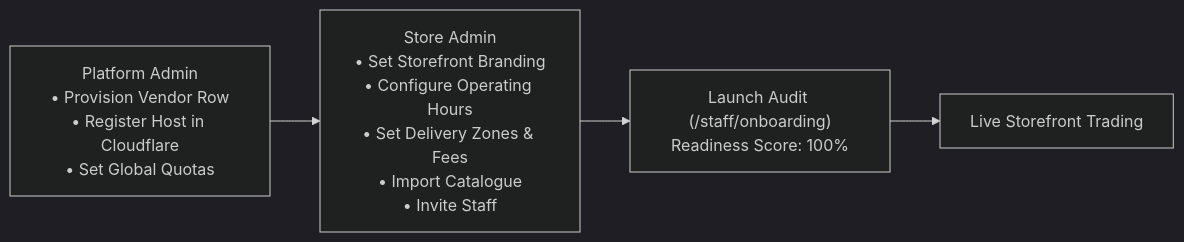
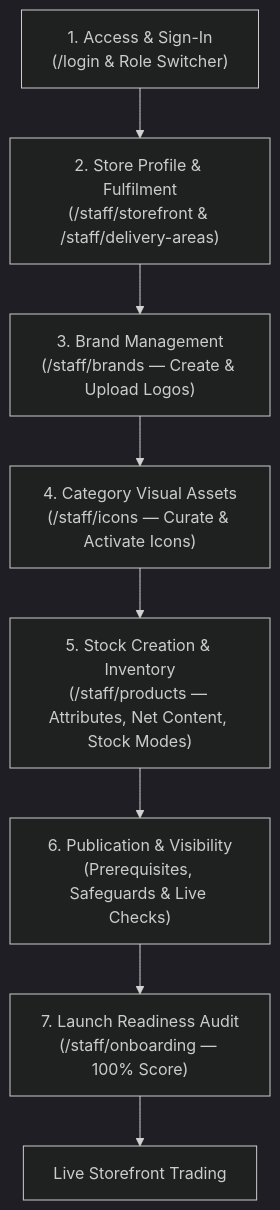
The diagram in docs/client-help-centre/getting-started-onboarding.md (sriahead/aheed-online-store), drawn with Mermaid (dark theme) before and after one commit. The commit also changed other lines of this file and 15 other files, not shown here.

Commit message:
docs: platform documentation review, interactive onboarding guide, and visual asset workflows (#1468)

````diff
--- a/docs/client-help-centre/getting-started-onboarding.md
+++ b/docs/client-help-centre/getting-started-onboarding.md
@@ -25,6 +25,10 @@
 ```mermaid
-flowchart LR
-    PA["Platform Admin<br/>• Provision Vendor Row<br/>• Register Host in Cloudflare<br/>• Set Global Quotas"] --> SA["Store Admin<br/>• Set Storefront Branding<br/>• Configure Operating Hours<br/>• Set Delivery Zones & Fees<br/>• Import Catalogue<br/>• Invite Staff"]
-    SA --> AUDIT["Launch Audit (/staff/onboarding)<br/>Readiness Score: 100%"]
-    AUDIT --> LIVE["Live Storefront Trading"]
+flowchart TD
+    S1["1. Access & Sign-In<br/>(/login & Role Switcher)"] --> S2["2. Store Profile & Fulfilment<br/>(/staff/storefront & /staff/delivery-areas)"]
+    S2 --> S3["3. Brand Management<br/>(/staff/brands — Create & Upload Logos)"]
+    S3 --> S4["4. Category Visual Assets<br/>(/staff/icons — Curate & Activate Icons)"]
+    S4 --> S5["5. Stock Creation & Inventory<br/>(/staff/products — Attributes, Net Content, Stock Modes)"]
+    S5 --> S6["6. Publication & Visibility<br/>(Prerequisites, Safeguards & Live Checks)"]
+    S6 --> S7["7. Launch Readiness Audit<br/>(/staff/onboarding — 100% Score)"]
+    S7 --> LIVE["Live Storefront Trading"]
 ```
````
